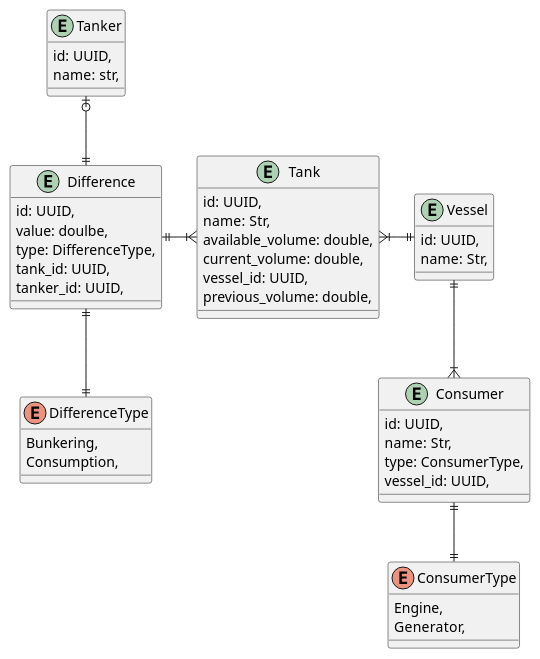
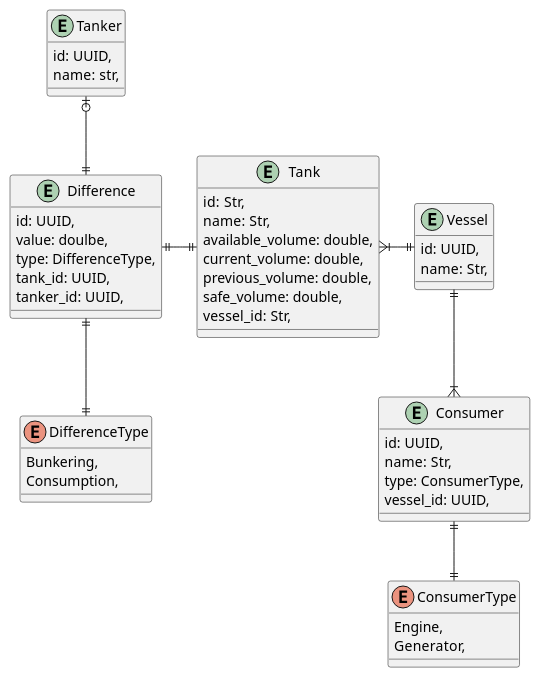
The diagram in src-tauri/docs/domain_model.puml (DrankedSnake/fuel_monitoring_system), drawn with PlantUML before and after one commit. The commit also changed 122 other files, not shown here.

```diff
--- a/src-tauri/docs/domain_model.puml
+++ b/src-tauri/docs/domain_model.puml
@@ -1,48 +1,49 @@
 @startuml
 skinparam linetype ortho
 
 entity Tank{
-    id: UUID,
+    id: Str,
     name: Str,
     available_volume: double,
     current_volume: double,
-    vessel_id: UUID,
     previous_volume: double,
+    safe_volume: double,
+    vessel_id: Str,
 }
 entity Tanker{
     id: UUID,
     name: str,
 }
 enum DifferenceType{
     Bunkering,
     Consumption,
 }
 entity Difference{
     id: UUID,
     value: doulbe,
     type: DifferenceType,
     tank_id: UUID,
     tanker_id: UUID,
 }
 entity Vessel{
     id: UUID,
     name: Str,
 }
 entity Consumer{
     id: UUID,
     name: Str,
     type: ConsumerType,
     vessel_id: UUID,
 }
 enum ConsumerType{
     Engine,
     Generator,
 }
 
-Difference ||-|{ Tank
+Difference ||-|| Tank
 Tank }|-|| Vessel
 Difference ||-down-|| DifferenceType
 Difference ||-up-o| Tanker
 Consumer ||--|| ConsumerType
 Vessel ||--|{ Consumer
 @enduml
```
